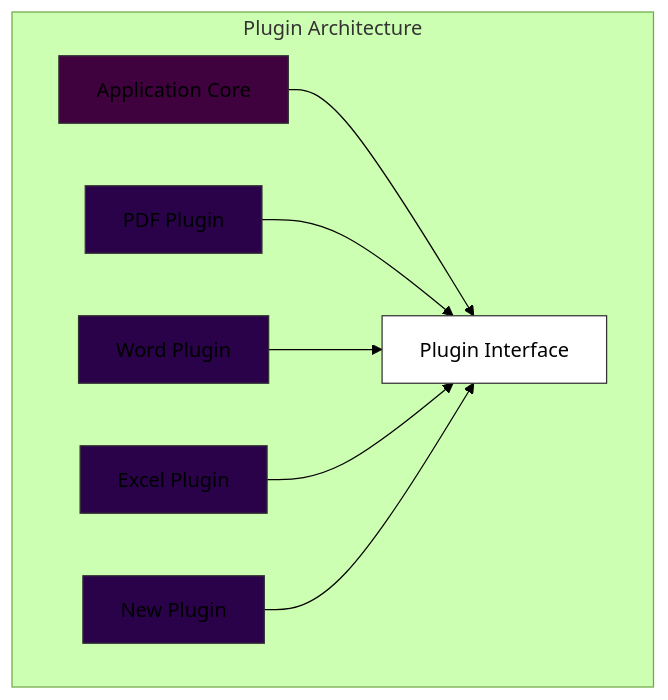
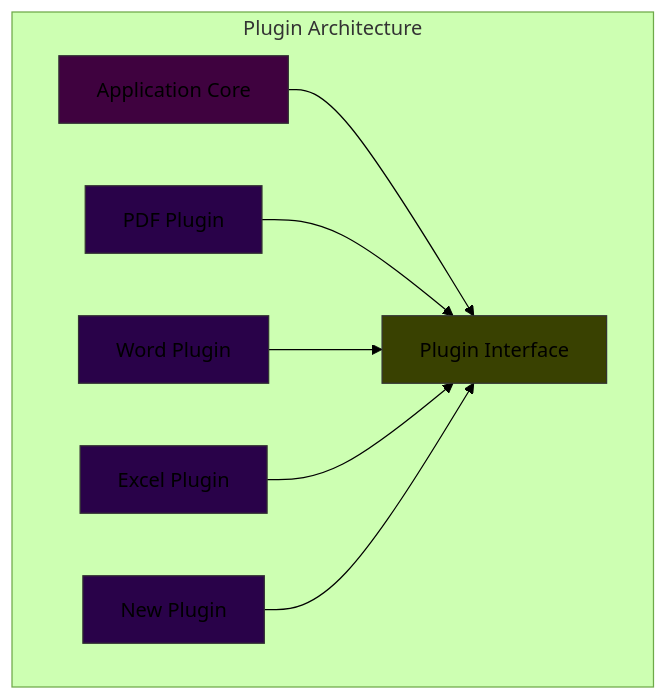
One commit to hezronkimutai/solid_principles changed the third of 3 diagrams in OCP/README.md. Above: the diagram before and after it, drawn with Mermaid (forest theme). The commit also changed other lines of this file and 3 other files, not shown here.

````diff
--- a/OCP/README.md
+++ b/OCP/README.md
@@ -141,16 +141,16 @@
 ```mermaid
 graph TD
     subgraph "Plugin Architecture"
     A[Application Core] --> B[Plugin Interface]
     C[PDF Plugin] --> B
     D[Word Plugin] --> B
     E[Excel Plugin] --> B
     F[New Plugin] --> B
     style A fill:#3f023f,stroke:#333
-    style B fill:#fff,stroke:#333
+    style B fill:#394101,stroke:#333
     style C fill:#290249,stroke:#333
     style D fill:#290249,stroke:#333
     style E fill:#290249,stroke:#333
     style F fill:#290249,stroke:#333
     end
 ```
````
